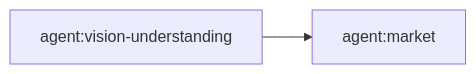
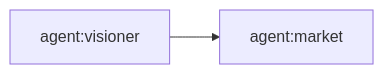
One commit to lalalic/neo changed the diagram in agents/market.agent.md. Above: the diagram before and after it, drawn with Mermaid. The commit also changed other lines of this file and 1 other file, not shown here.

Commit message:
docs(agents): update shared Visioner references

````diff
--- a/agents/market.agent.md
+++ b/agents/market.agent.md
@@ -106,4 +106,4 @@
 ```mermaid
 flowchart LR
-vision[agent:vision-understanding] --> market[agent:market]
+vision[agent:visioner] --> market[agent:market]
 ```
````
